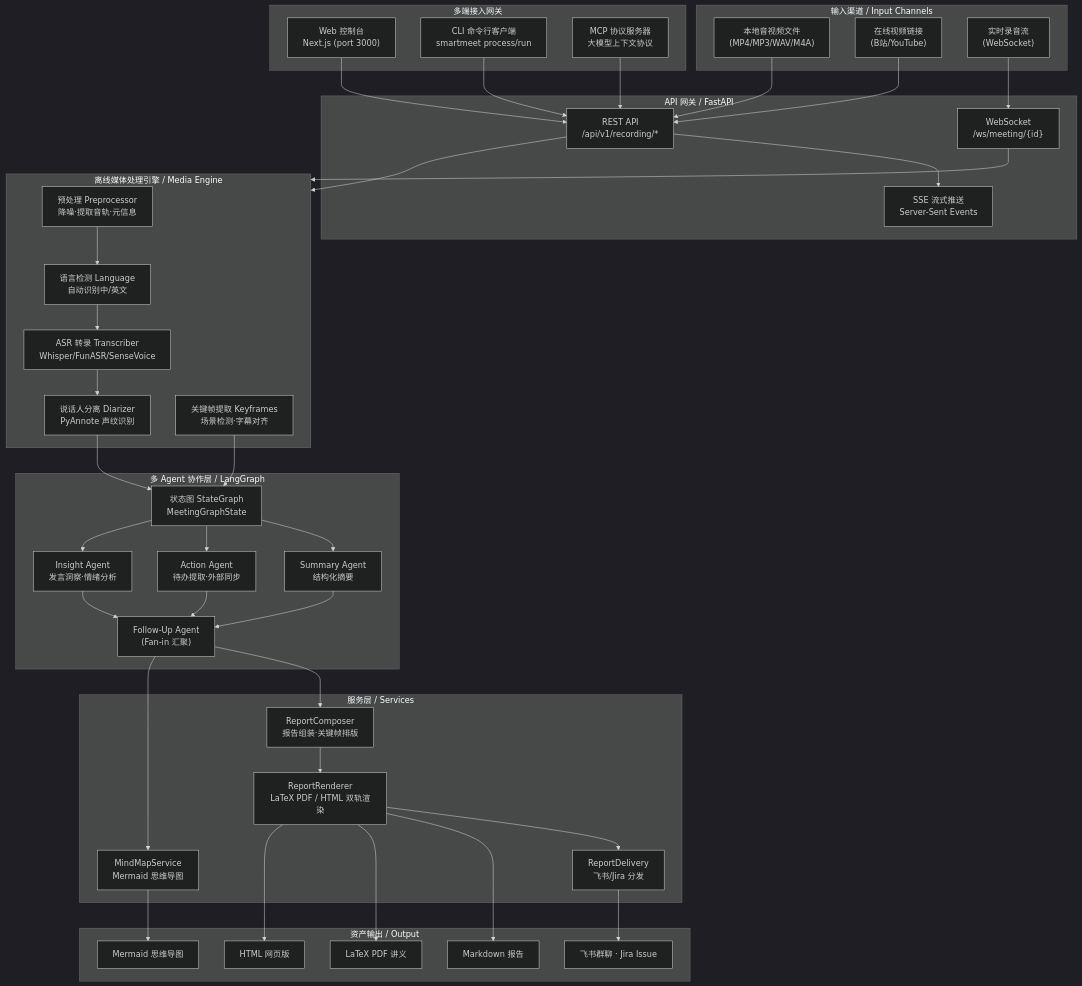
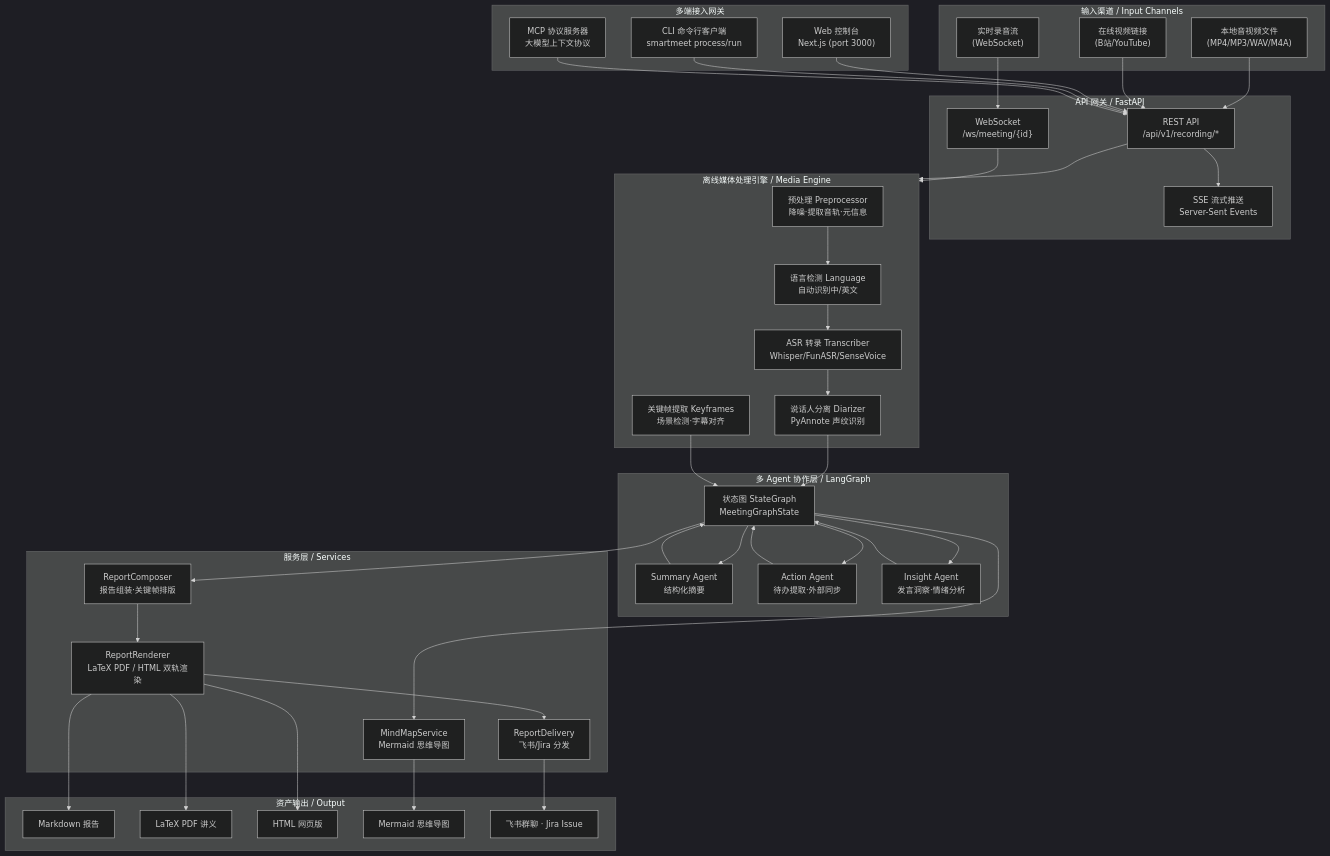
Before and after one commit to drfgjko/smartmeet-agent-suite: the first of 5 diagrams in docs/architecture.md, drawn with Mermaid (dark theme). The commit also changed other lines of this file and 5 other files, not shown here.

```diff
--- a/docs/architecture.md
+++ b/docs/architecture.md
@@ -46,7 +46,6 @@
         D1["Summary Agent<br/>结构化摘要"]
         D2["Action Agent<br/>待办提取·外部同步"]
         D3["Insight Agent<br/>发言洞察·情绪分析"]
-        D4["Follow-Up Agent<br/>(Fan-in 汇聚)"]
     end
 
     %% ===== 文档与服务层 =====
@@ -86,10 +85,10 @@
     C5 --> D0
 
     D0 --> D1 & D2 & D3
-    D1 & D2 & D3 --> D4
+    D1 & D2 & D3 --> D0
 
-    D4 --> E1 --> E2 --> E4
-    D4 --> E3
+    D0 --> E1 --> E2 --> E4
+    D0 --> E3
 
     E2 --> F1 & F2 & F3
     E3 --> F4
```
